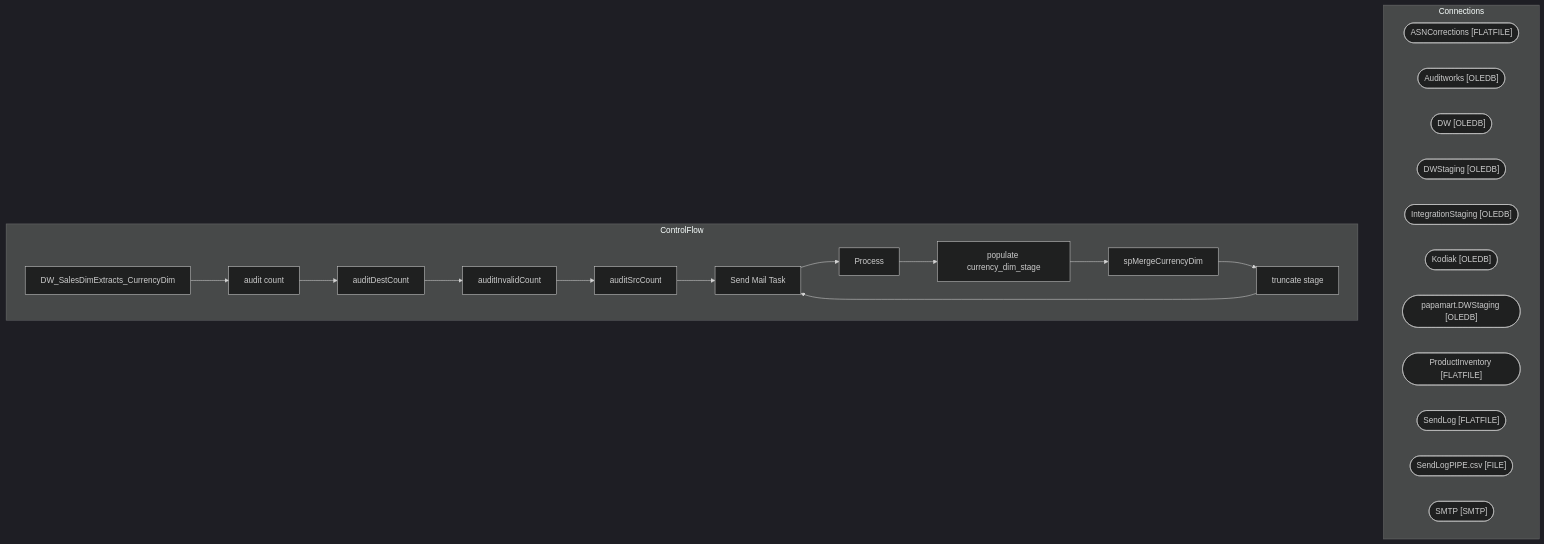
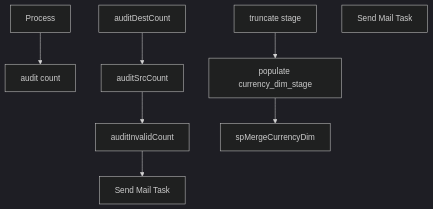
Before and after one commit to juanandresbrain/BABSkills: the diagram in bab-docs-explorer/Documentation/STL-SSIS-P-01/SSIS/DW/DW_SalesDimExtracts_CurrencyDim.DW_SalesDimExtracts_CurrencyDim.md, drawn with Mermaid (dark theme). The commit also changed other lines of this file and 273 other files, not shown here.

````diff
--- a/bab-docs-explorer/Documentation/STL-SSIS-P-01/SSIS/DW/DW_SalesDimExtracts_CurrencyDim.DW_SalesDimExtracts_CurrencyDim.md
+++ b/bab-docs-explorer/Documentation/STL-SSIS-P-01/SSIS/DW/DW_SalesDimExtracts_CurrencyDim.DW_SalesDimExtracts_CurrencyDim.md
@@ -9,39 +56,19 @@
 ```mermaid
 flowchart TD
-    subgraph Connections
-        ASNCorrections_conn(["ASNCorrections [FLATFILE]"])
-        Auditworks_conn(["Auditworks [OLEDB]"])
-        DW_conn(["DW [OLEDB]"])
-        DWStaging_conn(["DWStaging [OLEDB]"])
-        IntegrationStaging_conn(["IntegrationStaging [OLEDB]"])
-        Kodiak_conn(["Kodiak [OLEDB]"])
-        papamart_DWStaging_conn(["papamart.DWStaging [OLEDB]"])
-        ProductInventory_conn(["ProductInventory [FLATFILE]"])
-        SendLog_conn(["SendLog [FLATFILE]"])
-        SendLogPIPE_csv_conn(["SendLogPIPE.csv [FILE]"])
-        SMTP_conn(["SMTP [SMTP]"])
-    end
-    subgraph ControlFlow
-        DW_SalesDimExtracts_CurrencyDim_task["DW_SalesDimExtracts_CurrencyDim"]
-        audit_count_task["audit count"]
-        DW_SalesDimExtracts_CurrencyDim_task --> audit_count_task
-        auditDestCount_task["auditDestCount"]
-        audit_count_task --> auditDestCount_task
-        auditInvalidCount_task["auditInvalidCount"]
-        auditDestCount_task --> auditInvalidCount_task
-        auditSrcCount_task["auditSrcCount"]
-        auditInvalidCount_task --> auditSrcCount_task
-        Send_Mail_Task_task["Send Mail Task"]
-        auditSrcCount_task --> Send_Mail_Task_task
-        Process_task["Process"]
-        Send_Mail_Task_task --> Process_task
-        populate_currency_dim_stage_task["populate currency_dim_stage"]
-        Process_task --> populate_currency_dim_stage_task
-        spMergeCurrencyDim_task["spMergeCurrencyDim"]
-        populate_currency_dim_stage_task --> spMergeCurrencyDim_task
-        truncate_stage_task["truncate stage"]
-        spMergeCurrencyDim_task --> truncate_stage_task
-        Send_Mail_Task_task["Send Mail Task"]
-        truncate_stage_task --> Send_Mail_Task_task
-    end
+    n_Package_audit_count["audit count"]
+    n_Package_audit_count_auditDestCount["auditDestCount"]
+    n_Package_audit_count_auditInvalidCount["auditInvalidCount"]
+    n_Package_audit_count_auditSrcCount["auditSrcCount"]
+    n_Package_audit_count_Send_Mail_Task["Send Mail Task"]
+    n_Package_Process["Process"]
+    n_Package_Process_populate_currency_dim_stage["populate currency_dim_stage"]
+    n_Package_Process_spMergeCurrencyDim["spMergeCurrencyDim"]
+    n_Package_Process_truncate_stage["truncate stage"]
+    n_Package_EventHandlers_OnError__Send_Mail_Task["Send Mail Task"]
+    n_Package_audit_count_auditDestCount --> n_Package_audit_count_auditSrcCount
+    n_Package_audit_count_auditSrcCount --> n_Package_audit_count_auditInvalidCount
+    n_Package_audit_count_auditInvalidCount --> n_Package_audit_count_Send_Mail_Task
+    n_Package_Process_truncate_stage --> n_Package_Process_populate_currency_dim_stage
+    n_Package_Process_populate_currency_dim_stage --> n_Package_Process_spMergeCurrencyDim
+    n_Package_Process --> n_Package_audit_count
 ```
````
